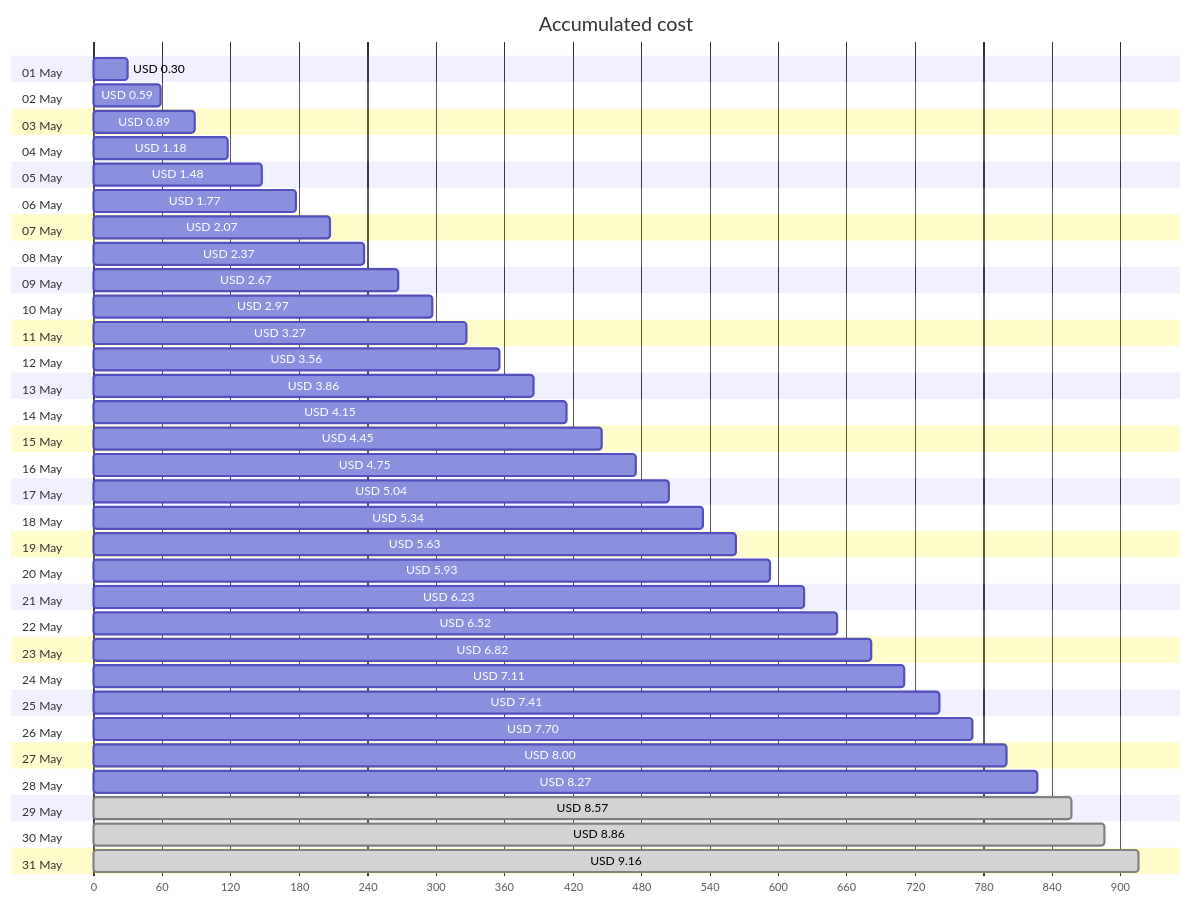
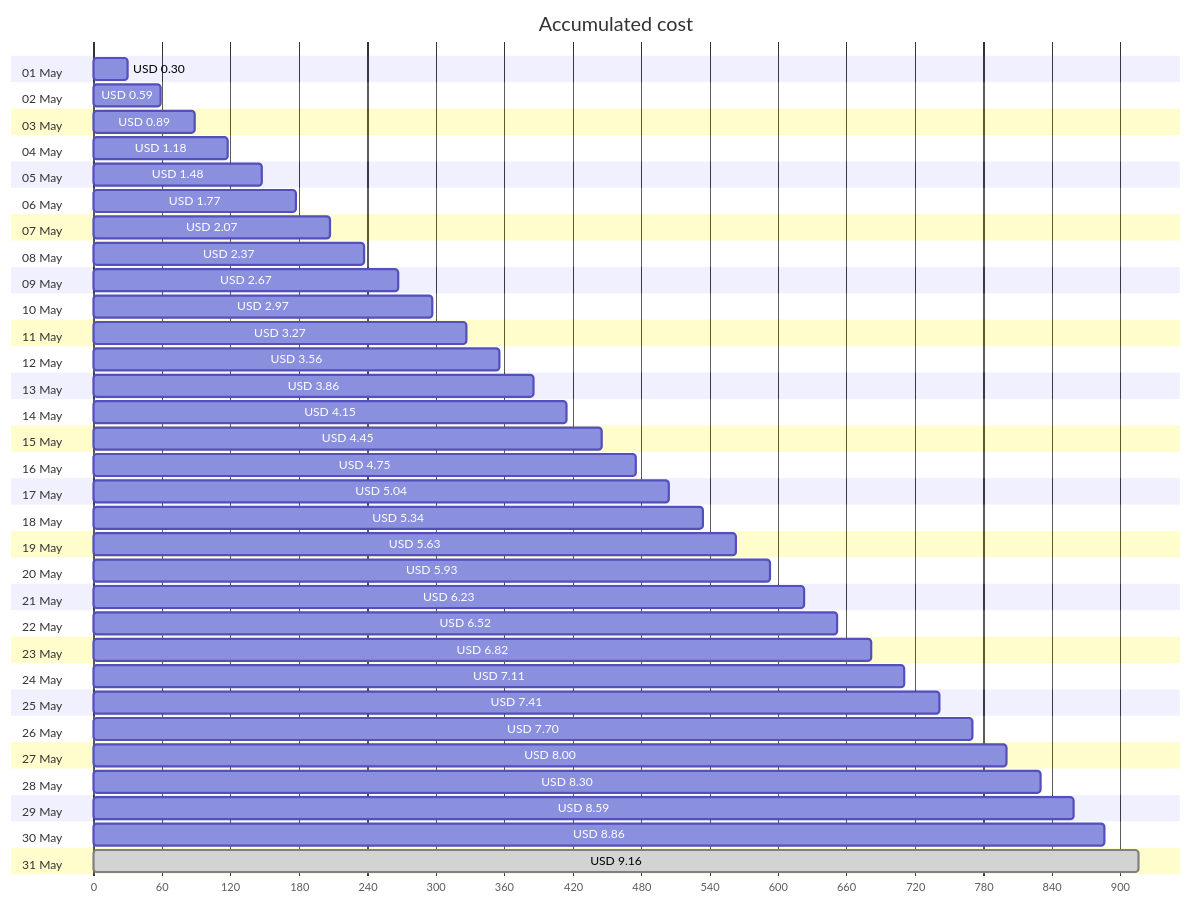
One commit to jpfulton/azure-personal-reports changed the first of 4 diagrams in cost-reports/personal-site/personal-site-preview.md. Above: the diagram before and after it, drawn with Mermaid. The commit also changed other lines of this file and 6 other files, not shown here.

````diff
--- a/cost-reports/personal-site/personal-site-preview.md
+++ b/cost-reports/personal-site/personal-site-preview.md
@@ -20,68 +20,68 @@
 ```mermaid
 gantt
    title Accumulated cost
    dateFormat  X
    axisFormat %s
    section 01 May
    USD 0.30 :0, 30
    section 02 May
    USD 0.59 :0, 59
    section 03 May
    USD 0.89 :0, 89
    section 04 May
    USD 1.18 :0, 118
    section 05 May
    USD 1.48 :0, 148
    section 06 May
    USD 1.77 :0, 177
    section 07 May
    USD 2.07 :0, 207
    section 08 May
    USD 2.37 :0, 237
    section 09 May
    USD 2.67 :0, 267
    section 10 May
    USD 2.97 :0, 297
    section 11 May
    USD 3.27 :0, 327
    section 12 May
    USD 3.56 :0, 356
    section 13 May
    USD 3.86 :0, 386
    section 14 May
    USD 4.15 :0, 415
    section 15 May
    USD 4.45 :0, 445
    section 16 May
    USD 4.75 :0, 475
    section 17 May
    USD 5.04 :0, 504
    section 18 May
    USD 5.34 :0, 534
    section 19 May
    USD 5.63 :0, 563
    section 20 May
    USD 5.93 :0, 593
    section 21 May
    USD 6.23 :0, 623
    section 22 May
    USD 6.52 :0, 652
    section 23 May
    USD 6.82 :0, 682
    section 24 May
    USD 7.11 :0, 711
    section 25 May
    USD 7.41 :0, 741
    section 26 May
    USD 7.70 :0, 770
    section 27 May
    USD 8.00 :0, 800
    section 28 May
-   USD 8.27 :0, 827
+   USD 8.30 :0, 830
    section 29 May
-   USD 8.57 : done, 0, 857
+   USD 8.59 :0, 859
    section 30 May
-   USD 8.86 : done, 0, 886
+   USD 8.86 :0, 886
    section 31 May
    USD 9.16 : done, 0, 916
 ```
````
